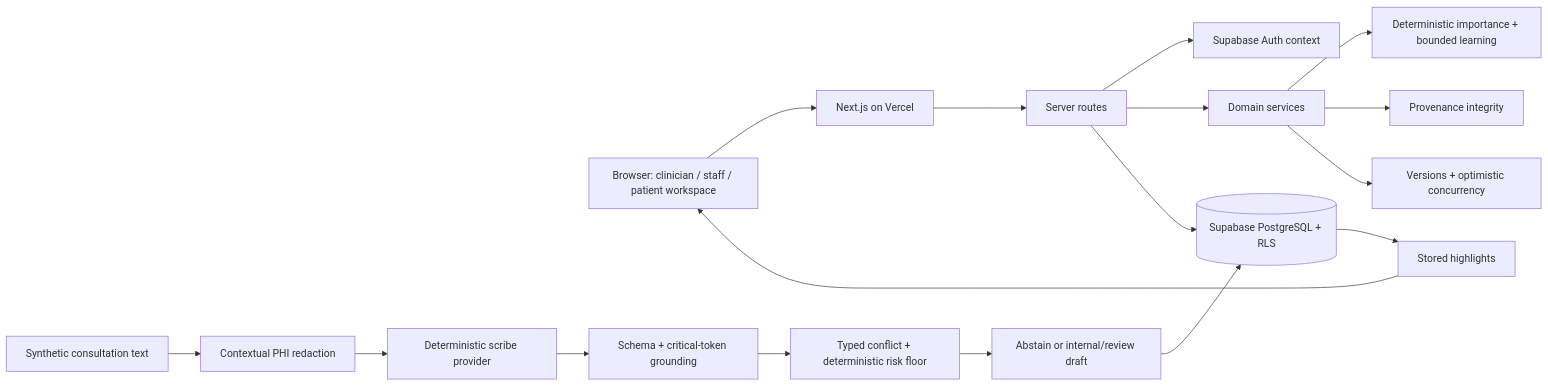
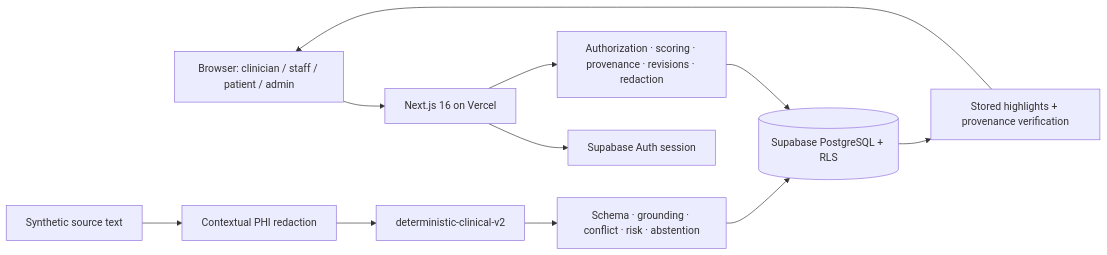
The first of 2 diagrams in docs/TECHNICAL_BRIEF.md (Alan22886/nightingale-care-note), drawn with Mermaid before and after one commit. The commit also changed other lines of this file and 10 other files, not shown here.

````diff
--- a/docs/TECHNICAL_BRIEF.md
+++ b/docs/TECHNICAL_BRIEF.md
@@ -17,19 +69,13 @@
 ```mermaid
 flowchart LR
-  UI[Browser: clinician / staff / patient workspace] --> NEXT[Next.js on Vercel]
-  NEXT --> API[Server routes]
-  API --> AUTH[Supabase Auth context]
-  API --> DOMAIN[Domain services]
-  DOMAIN --> SCORE[Deterministic importance + bounded learning]
-  DOMAIN --> PROV[Provenance integrity]
-  DOMAIN --> REV[Versions + optimistic concurrency]
-  API --> DB[(Supabase PostgreSQL + RLS)]
-  SOURCE[Synthetic consultation text] --> REDACT[Contextual PHI redaction]
-  REDACT --> PROVIDER[Deterministic scribe provider]
-  PROVIDER --> VALIDATE[Schema + critical-token grounding]
-  VALIDATE --> CONFLICT[Typed conflict + deterministic risk floor]
-  CONFLICT --> ABSTAIN[Abstain or internal/review draft]
-  ABSTAIN --> DB
-  DB --> PRECOMP[Stored highlights]
-  PRECOMP --> UI
+  UI[Browser: clinician / staff / patient / admin] --> NEXT[Next.js 16 on Vercel]
+  NEXT --> AUTH[Supabase Auth session]
+  NEXT --> DOMAIN[Authorization · scoring · provenance · revisions · redaction]
+  DOMAIN --> DB[(Supabase PostgreSQL + RLS)]
+  SOURCE[Synthetic source text] --> REDACT[Contextual PHI redaction]
+  REDACT --> PROVIDER[deterministic-clinical-v2]
+  PROVIDER --> GATE[Schema · grounding · conflict · risk · abstention]
+  GATE --> DB
+  DB --> VERIFY[Stored highlights + provenance verification]
+  VERIFY --> UI
 ```
````
